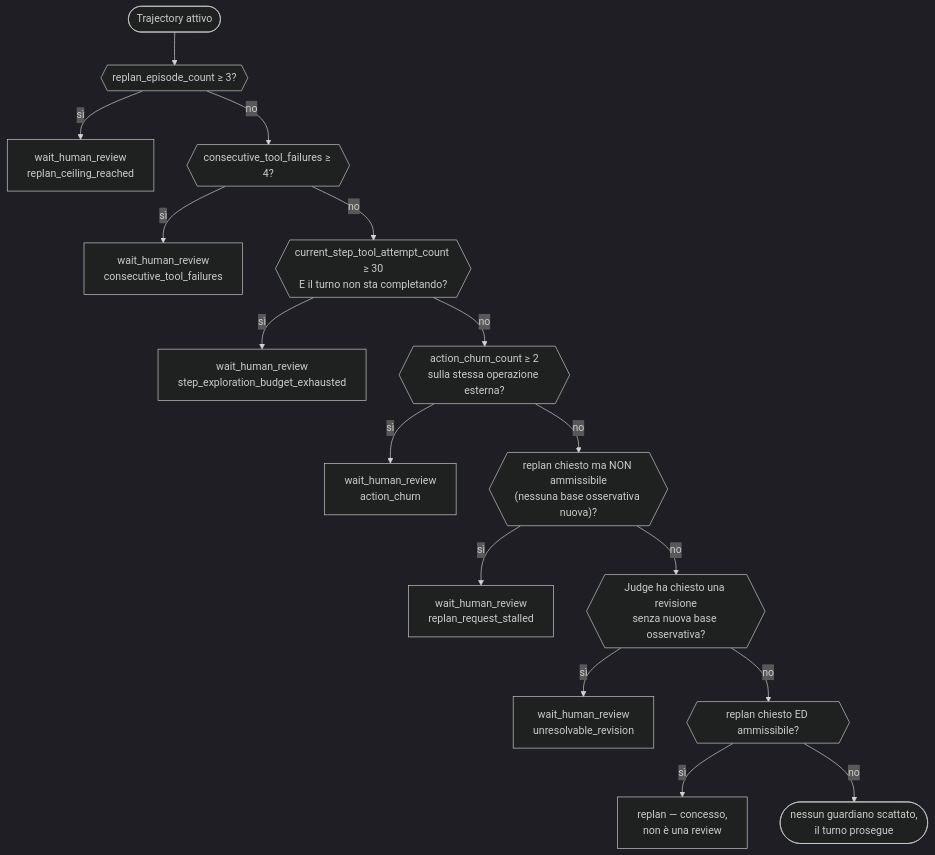
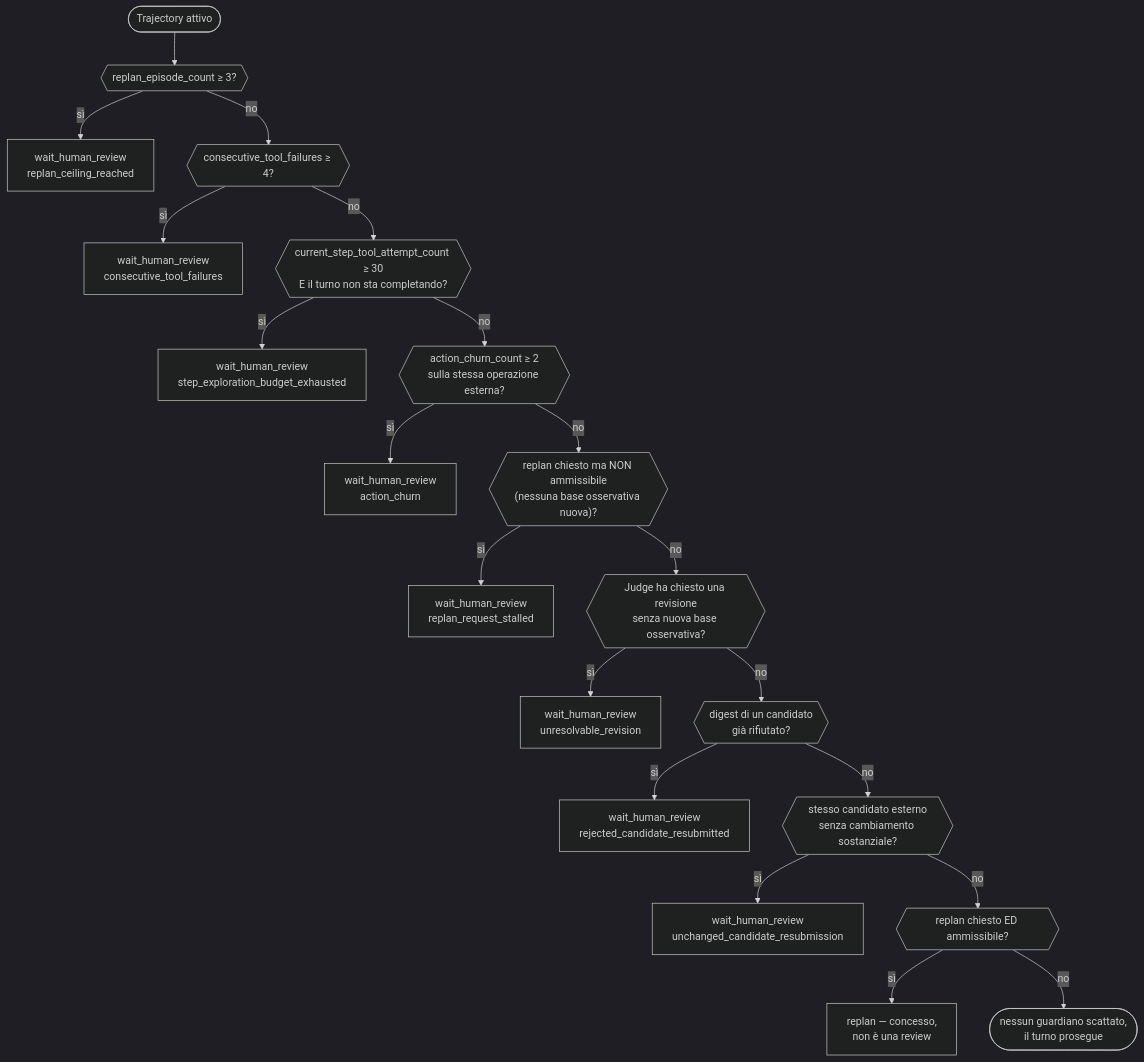
One commit to francescogabrieli/agents_oversight_engine changed the fifth of 8 diagrams in docs/contracts_and_policy/pillars_riferimento_completo.md. Above: the diagram before and after it, drawn with Mermaid (dark theme). The commit also changed other lines of this file, not shown here.

````diff
--- a/docs/contracts_and_policy/pillars_riferimento_completo.md
+++ b/docs/contracts_and_policy/pillars_riferimento_completo.md
@@ -357,18 +369,22 @@
 ```mermaid
 flowchart TD
     T(["Trajectory attivo"]) --> G1{{"replan_episode_count ≥ 3?"}}
     G1 -->|sì| R1["wait_human_review<br/>replan_ceiling_reached"]
     G1 -->|no| G2{{"consecutive_tool_failures ≥ 4?"}}
     G2 -->|sì| R2["wait_human_review<br/>consecutive_tool_failures"]
     G2 -->|no| G3{{"current_step_tool_attempt_count ≥ 30<br/>E il turno non sta completando?"}}
     G3 -->|sì| R3["wait_human_review<br/>step_exploration_budget_exhausted"]
     G3 -->|no| G4{{"action_churn_count ≥ 2<br/>sulla stessa operazione esterna?"}}
     G4 -->|sì| R4["wait_human_review<br/>action_churn"]
     G4 -->|no| G5{{"replan chiesto ma NON ammissibile<br/>(nessuna base osservativa nuova)?"}}
     G5 -->|sì| R5["wait_human_review<br/>replan_request_stalled"]
     G5 -->|no| G6{{"Judge ha chiesto una revisione<br/>senza nuova base osservativa?"}}
     G6 -->|sì| R6["wait_human_review<br/>unresolvable_revision"]
-    G6 -->|no| G7{{"replan chiesto ED ammissibile?"}}
-    G7 -->|sì| OK["replan — concesso,<br/>non è una review"]
-    G7 -->|no| PASS(["nessun guardiano scattato,<br/>il turno prosegue"])
+    G6 -->|no| G7{{"digest di un candidato<br/>già rifiutato?"}}
+    G7 -->|sì| R7["wait_human_review<br/>rejected_candidate_resubmitted"]
+    G7 -->|no| G8{{"stesso candidato esterno<br/>senza cambiamento sostanziale?"}}
+    G8 -->|sì| R8["wait_human_review<br/>unchanged_candidate_resubmission"]
+    G8 -->|no| G9{{"replan chiesto ED ammissibile?"}}
+    G9 -->|sì| OK["replan — concesso,<br/>non è una review"]
+    G9 -->|no| PASS(["nessun guardiano scattato,<br/>il turno prosegue"])
 ```
````
